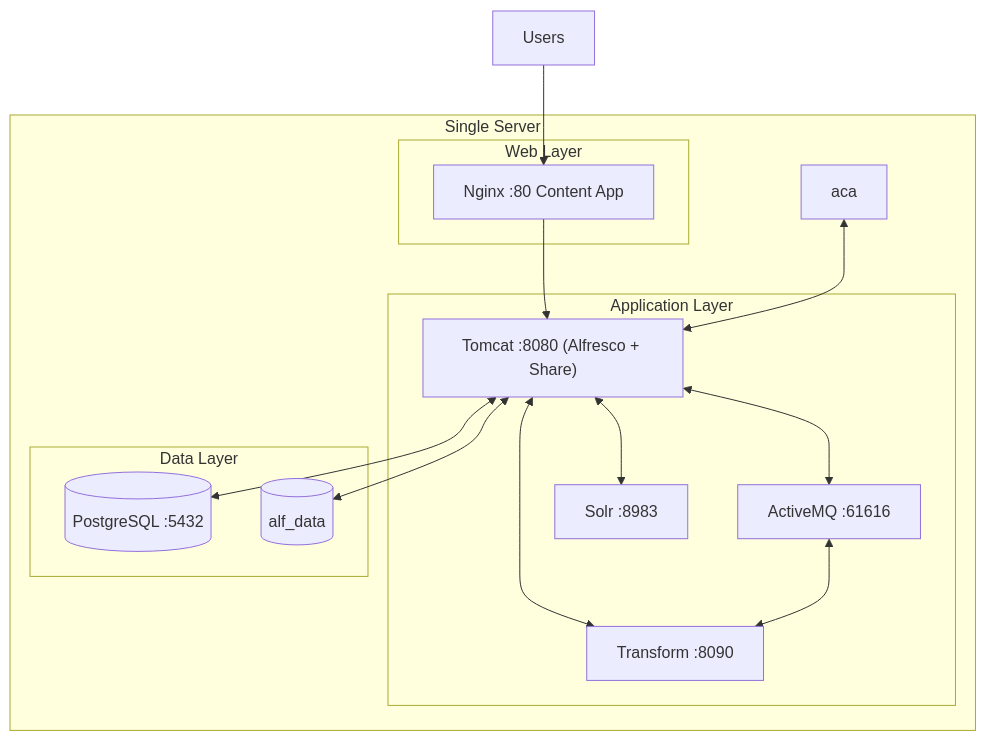
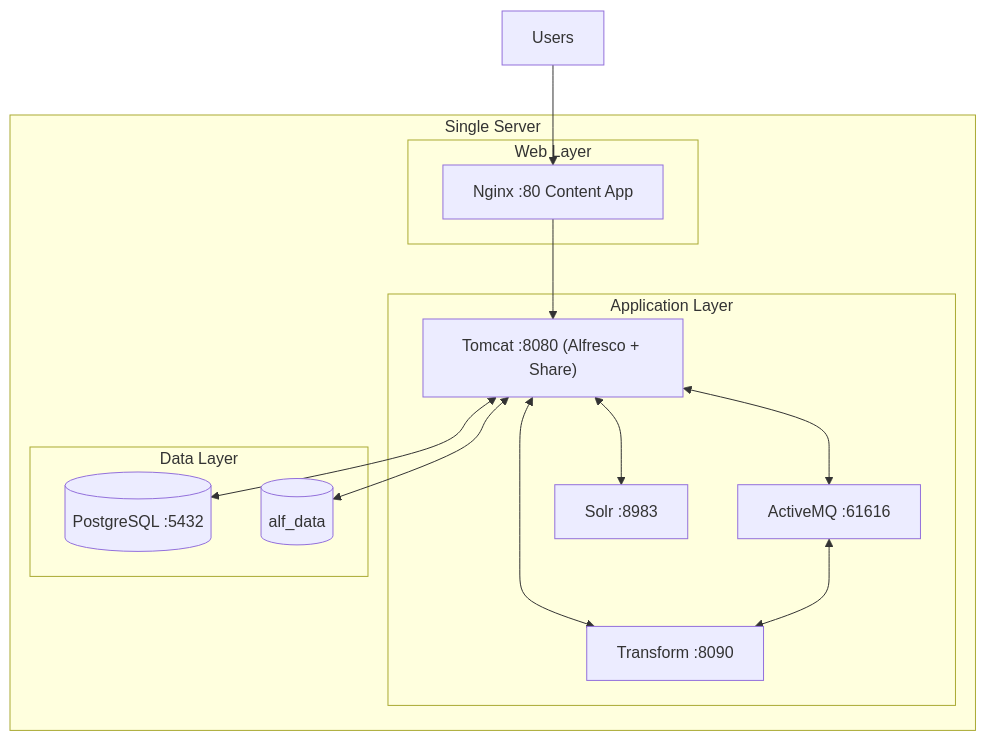
Before and after one commit to aborroy/alfresco-ubuntu-installer: the fourth of 7 diagrams in README.md, drawn with Mermaid.

````diff
--- a/README.md
+++ b/README.md
@@ -559,31 +559,30 @@
 ```mermaid
 flowchart TB
     subgraph server["Single Server"]
         subgraph web["Web Layer"]
             nginx["Nginx :80 Content App"]
         end
         
         subgraph application["Application Layer"]
             tomcat["Tomcat :8080 (Alfresco + Share)"]
             transform["Transform :8090"]
             activemq["ActiveMQ :61616"]
             solr["Solr :8983"]
         end
         
         subgraph database["Data Layer"]
             postgres[("PostgreSQL :5432")]
             content[("alf_data")]
         end
         
         nginx --> tomcat
-        aca <--> tomcat
         tomcat <--> postgres
         tomcat <--> content
         tomcat <--> activemq
         tomcat <--> solr
         tomcat <--> transform
         activemq <--> transform
     end
     
     users["Users"] --> nginx
 ```
````
